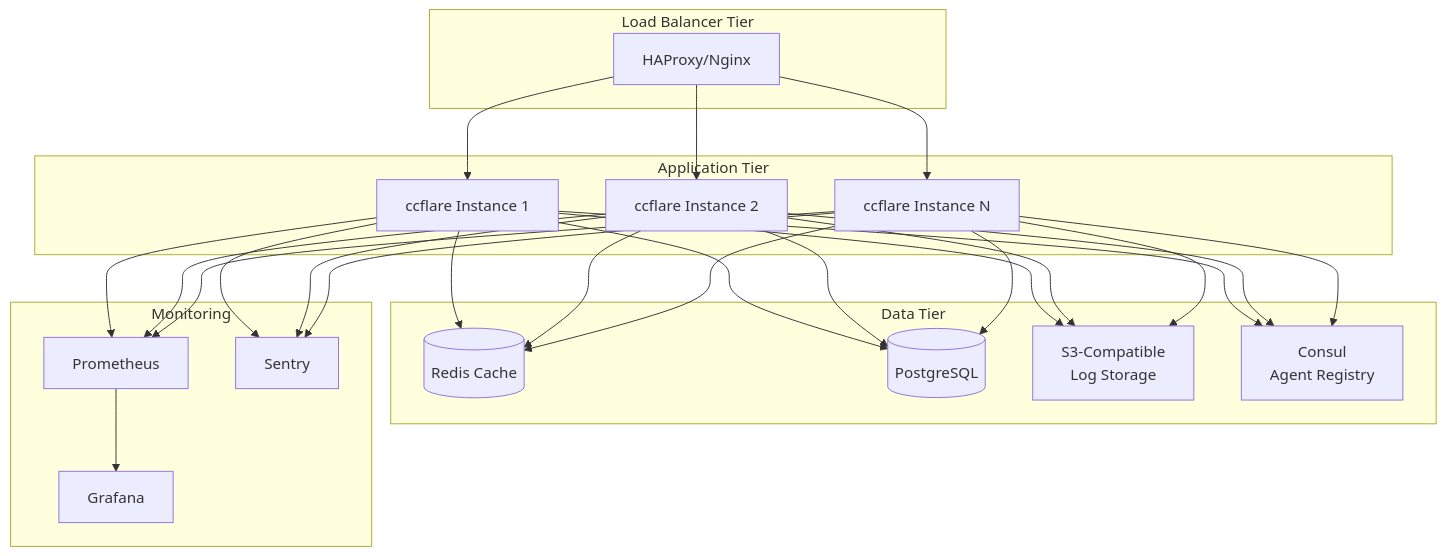
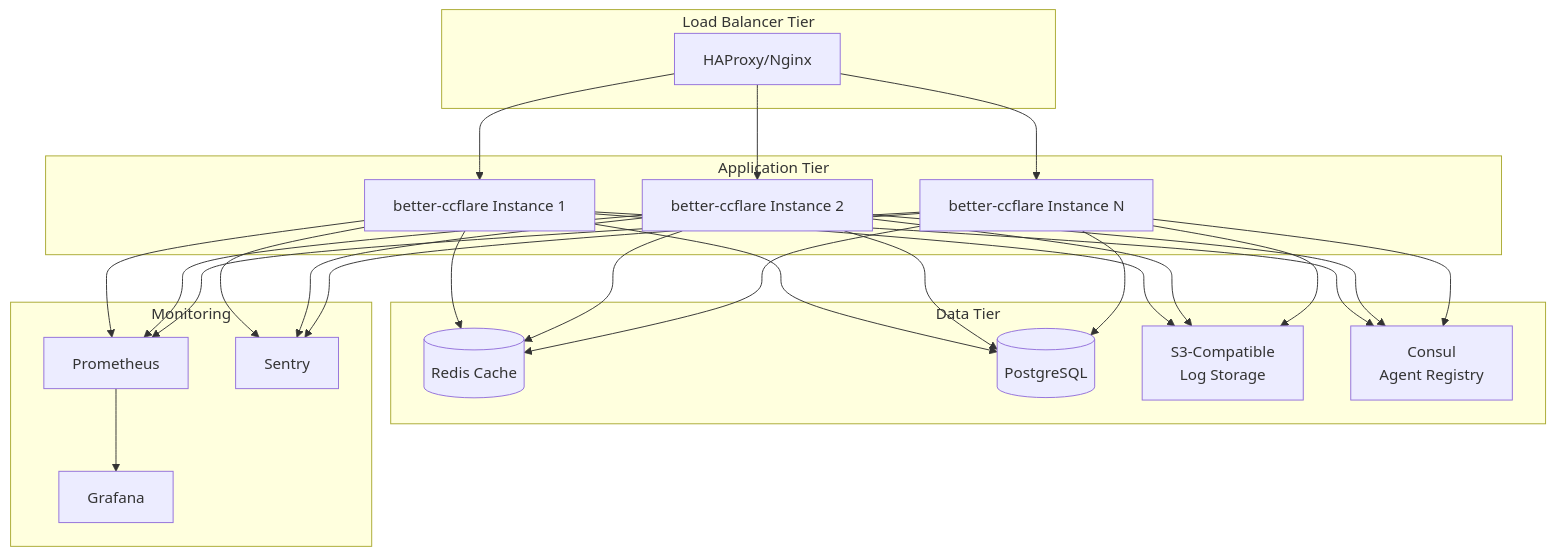
Diagram 25 of 25 in docs/architecture.md (tombii/better-ccflare), drawn with Mermaid before and after one commit. The commit also changed other lines of this file and 23 other files, not shown here.

````diff
--- a/docs/architecture.md
+++ b/docs/architecture.md
@@ -1386,54 +1386,54 @@
 ```mermaid
 graph TB
     subgraph "Load Balancer Tier"
         LB1[HAProxy/Nginx]
     end
     
     subgraph "Application Tier"
-        APP1[ccflare Instance 1]
-        APP2[ccflare Instance 2]
-        APP3[ccflare Instance N]
+        APP1[better-ccflare Instance 1]
+        APP2[better-ccflare Instance 2]
+        APP3[better-ccflare Instance N]
     end
     
     subgraph "Data Tier"
         REDIS[(Redis Cache)]
         PG[(PostgreSQL)]
         S3[S3-Compatible<br/>Log Storage]
         CONSUL[Consul<br/>Agent Registry]
     end
     
     subgraph "Monitoring"
         PROM[Prometheus]
         GRAF[Grafana]
         SENTRY[Sentry]
     end
     
     LB1 --> APP1
     LB1 --> APP2
     LB1 --> APP3
     
     APP1 --> REDIS
     APP2 --> REDIS
     APP3 --> REDIS
     
     APP1 --> PG
     APP2 --> PG
     APP3 --> PG
     
     APP1 --> S3
     APP2 --> S3
     APP3 --> S3
     
     APP1 --> CONSUL
     APP2 --> CONSUL
     APP3 --> CONSUL
     
     APP1 --> PROM
     APP2 --> PROM
     APP3 --> PROM
     
     PROM --> GRAF
     APP1 --> SENTRY
     APP2 --> SENTRY
     APP3 --> SENTRY
 ```
````
